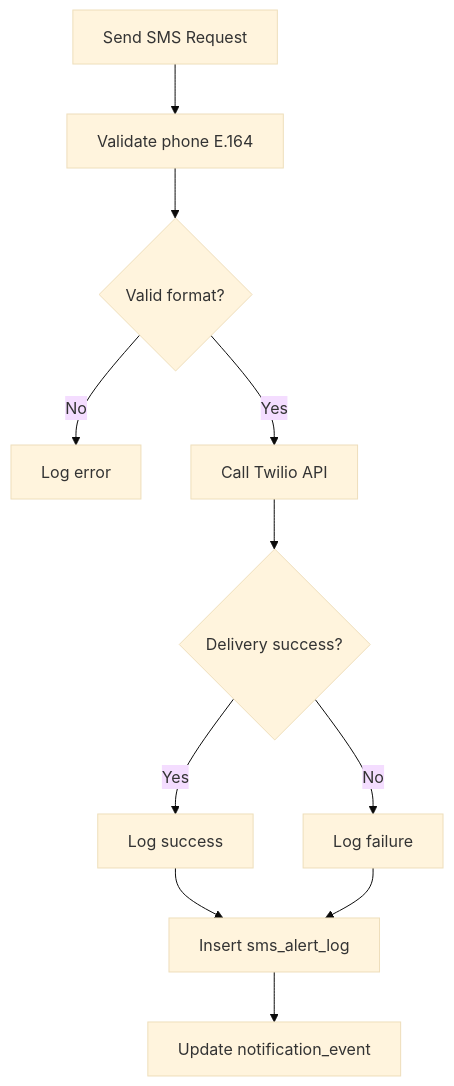
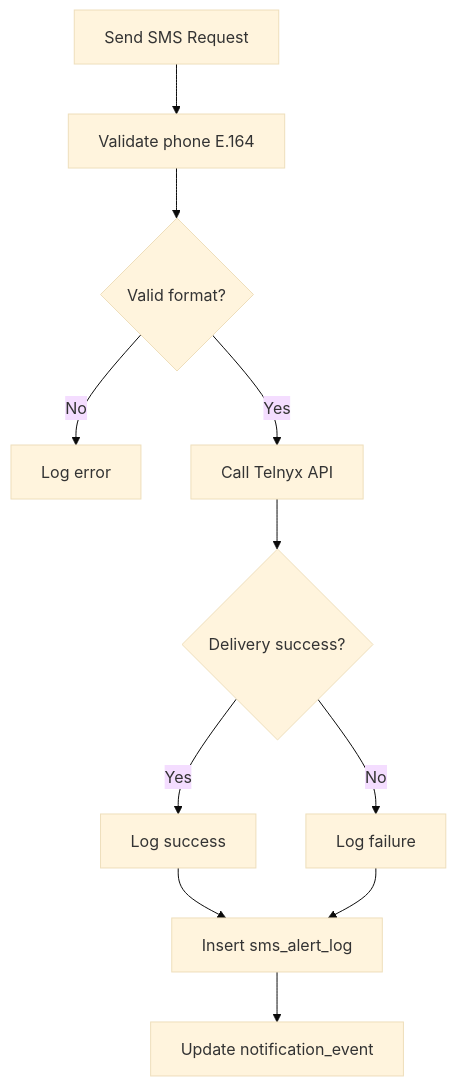
The sixth of 12 diagrams in docs/charts/FLOWCHARTS.md (getdatasurge/freshtrack-pro), drawn with Mermaid (base theme) before and after one commit. The commit also changed 16 other files, not shown here.

````diff
--- a/docs/charts/FLOWCHARTS.md
+++ b/docs/charts/FLOWCHARTS.md
@@ -214,17 +214,17 @@
 ```mermaid
 flowchart TD
     A[Send SMS Request] --> B[Validate phone E.164]
     B --> C{Valid format?}
 
     C -->|No| D[Log error]
-    C -->|Yes| E[Call Twilio API]
+    C -->|Yes| E[Call Telnyx API]
 
     E --> F{Delivery success?}
     F -->|Yes| G[Log success]
     F -->|No| H[Log failure]
 
     G --> I[Insert sms_alert_log]
     H --> I
 
     I --> J[Update notification_event]
 ```
````
